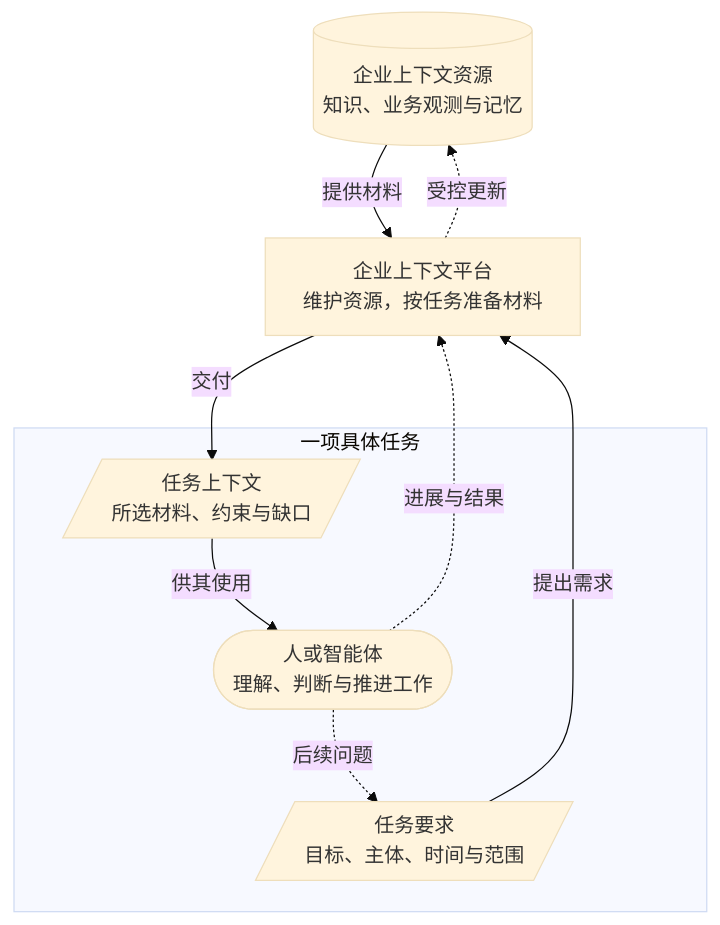
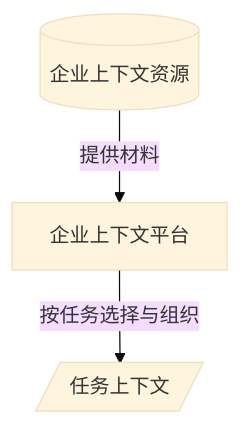
One commit to LENSHOOD/enterprise-context-book changed the diagram in book/part-1/chapter-01.md. Above: the diagram before and after it, drawn with Mermaid (base theme). The commit also changed other lines of this file and 23 other files, not shown here.

````diff
--- a/book/part-1/chapter-01.md
+++ b/book/part-1/chapter-01.md
@@ -52,17 +52,8 @@
 ```mermaid
 flowchart TB
-  R[("企业上下文资源<br/>知识、业务观测与记忆")]
-  P["企业上下文平台<br/>维护资源，按任务准备材料"]
-  subgraph T["一项具体任务"]
-    Q[/"任务要求<br/>目标、主体、时间与范围"/]
-    C[/"任务上下文<br/>所选材料、约束与缺口"/]
-    A(["人或智能体<br/>理解、判断与推进工作"])
-    C -->|供其使用| A
-    A -.后续问题.-> Q
-  end
+  R[("企业上下文资源")]
+  P["企业上下文平台"]
+  C[/"任务上下文"/]
   R -->|提供材料| P
-  Q -->|提出需求| P
-  P -->|交付| C
-  A -.进展与结果.-> P
-  P -.受控更新.-> R
+  P -->|按任务选择与组织| C
 ```
````
